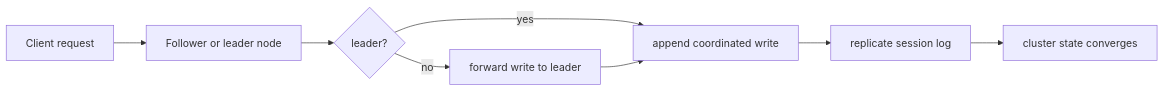
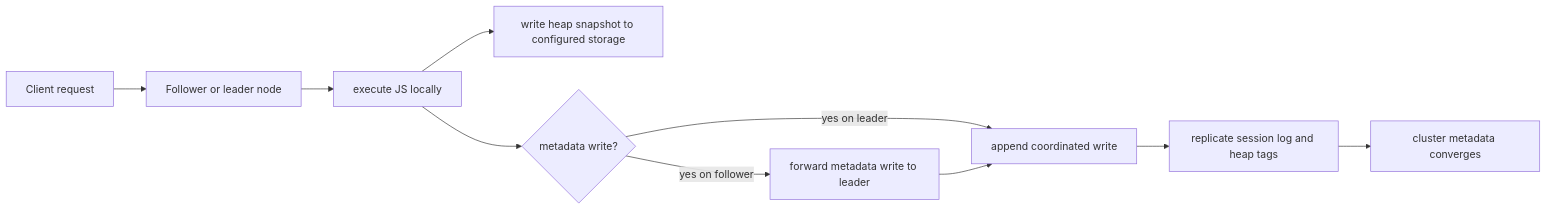
Before and after one commit to r33drichards/mcp-js: the diagram in site-docs/concepts/clustering.md, drawn with Mermaid. The commit also changed other lines of this file, not shown here.

Commit message:
docs: clarify clustering metadata flow

````diff
--- a/site-docs/concepts/clustering.md
+++ b/site-docs/concepts/clustering.md
@@ -9,10 +9,12 @@
 ```mermaid
 flowchart LR
   A[Client request] --> B[Follower or leader node]
-  B --> C{leader?}
-  C -->|yes| D[append coordinated write]
-  C -->|no| E[forward write to leader]
-  E --> D
-  D --> F[replicate session log]
-  F --> G[cluster state converges]
+  B --> C[execute JS locally]
+  C --> D[write heap snapshot to configured storage]
+  C --> E{metadata write?}
+  E -->|yes on leader| F[append coordinated write]
+  E -->|yes on follower| G[forward metadata write to leader]
+  G --> F
+  F --> H[replicate session log and heap tags]
+  H --> I[cluster metadata converges]
 ```
````
